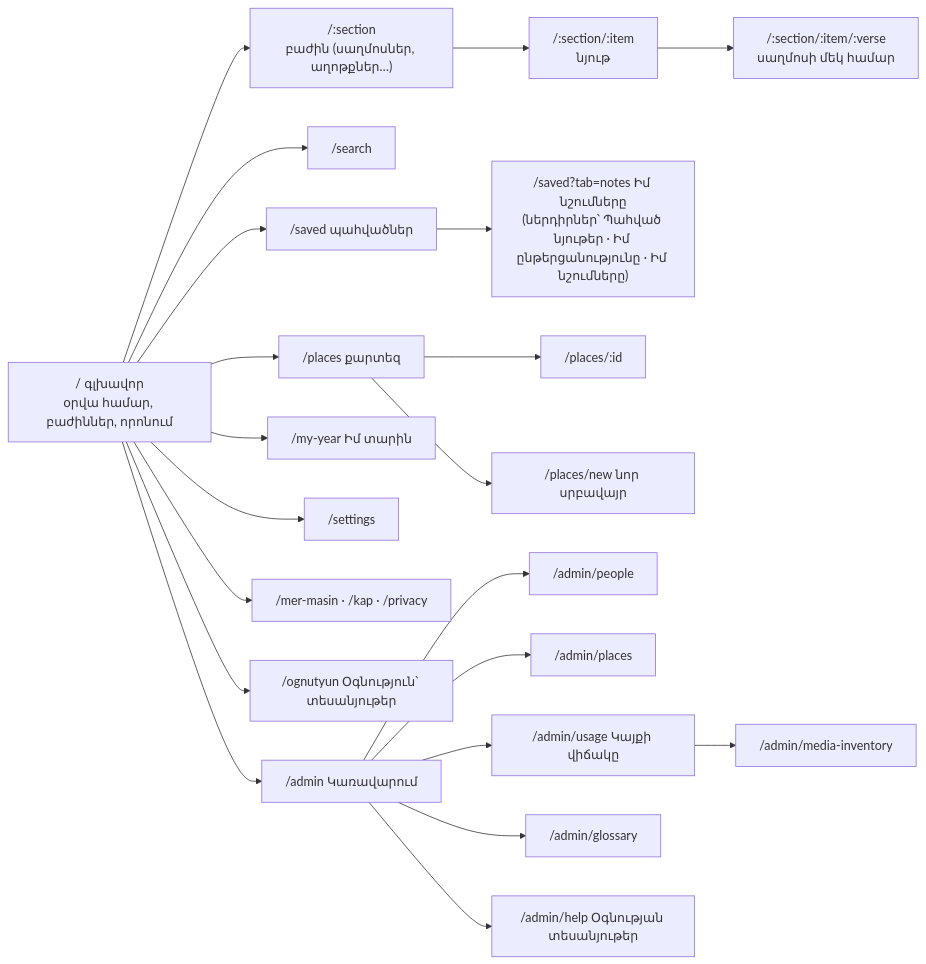
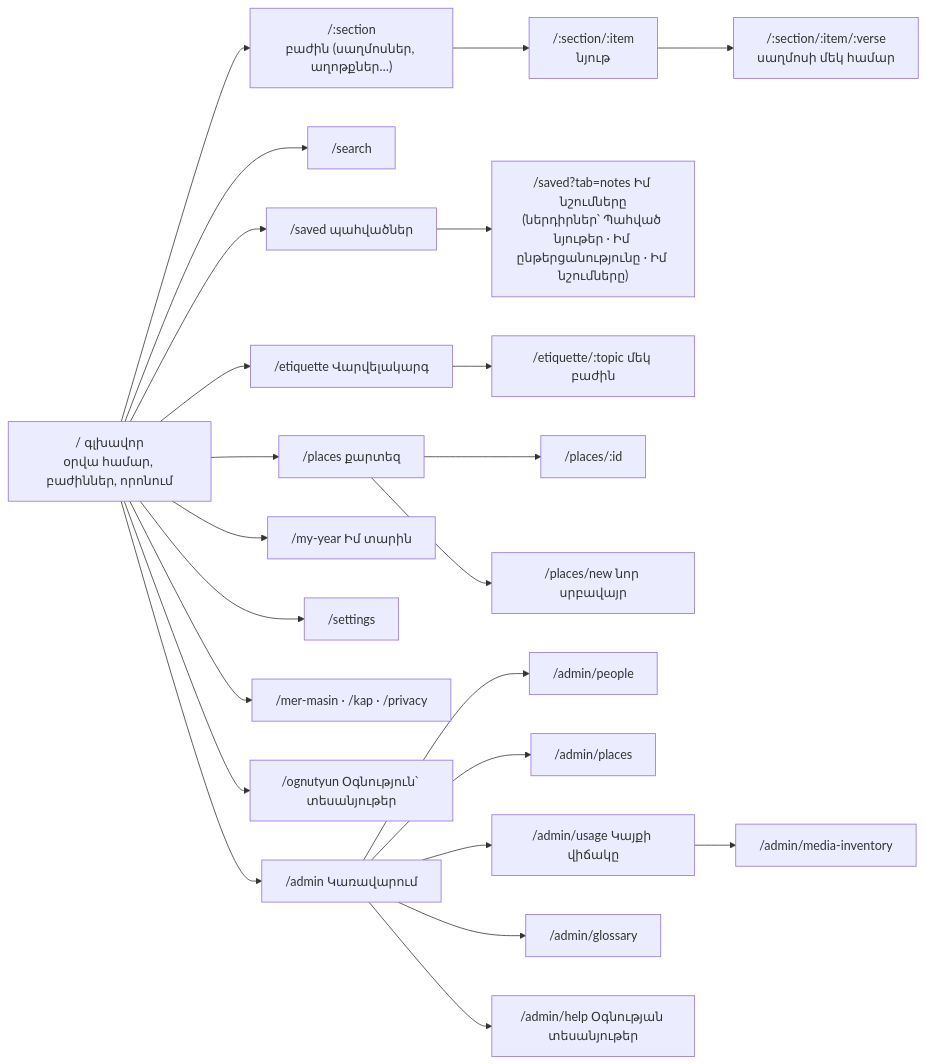
The fifth of 26 diagrams in docs/ARCHITECTURE.md (T0n0yan/armenian-apostolic-digital-library), drawn with Mermaid before and after one commit. The commit also changed other lines of this file and 12 other files, not shown here.

First line of the commit message:
Վարվելակարգ բաժին՝ /etiquette և 6 թեմա (ստուգման մեջ)

````diff
--- a/docs/ARCHITECTURE.md
+++ b/docs/ARCHITECTURE.md
@@ -311,24 +311,26 @@
 ```mermaid
 flowchart LR
   HOME["/ գլխավոր<br/>օրվա համար, բաժիններ, որոնում"]
   HOME --> SEC["/:section<br/>բաժին (սաղմոսներ, աղոթքներ…)"]
   SEC --> MAT["/:section/:item<br/>նյութ"]
   MAT --> VERSE["/:section/:item/:verse<br/>սաղմոսի մեկ համար"]
   HOME --> SEARCH["/search"]
   HOME --> SAVED["/saved պահվածներ"]
   SAVED --> NOTES["/saved?tab=notes Իմ նշումները<br/>(ներդիրներ՝ Պահված նյութեր · Իմ ընթերցանությունը · Իմ նշումները)"]
   HOME --> PLACES["/places քարտեզ"]
+  HOME --> ETQ["/etiquette Վարվելակարգ"]
+  ETQ --> ETQT["/etiquette/:topic մեկ բաժին"]
   PLACES --> PLACE["/places/:id"]
   PLACES --> PNEW["/places/new նոր սրբավայր"]
   HOME --> MY["/my-year Իմ տարին"]
   HOME --> SET["/settings"]
   HOME --> INFO["/mer-masin · /kap · /privacy"]
   HOME --> HELP["/ognutyun Օգնություն՝ տեսանյութեր"]
   HOME --> ADM["/admin Կառավարում"]
   ADM --> A1["/admin/people"]
   ADM --> A2["/admin/places"]
   ADM --> A3["/admin/usage Կայքի վիճակը"]
   ADM --> A4["/admin/glossary"]
   ADM --> A6["/admin/help Օգնության տեսանյութեր"]
   A3 --> A5["/admin/media-inventory"]
 ```
````
